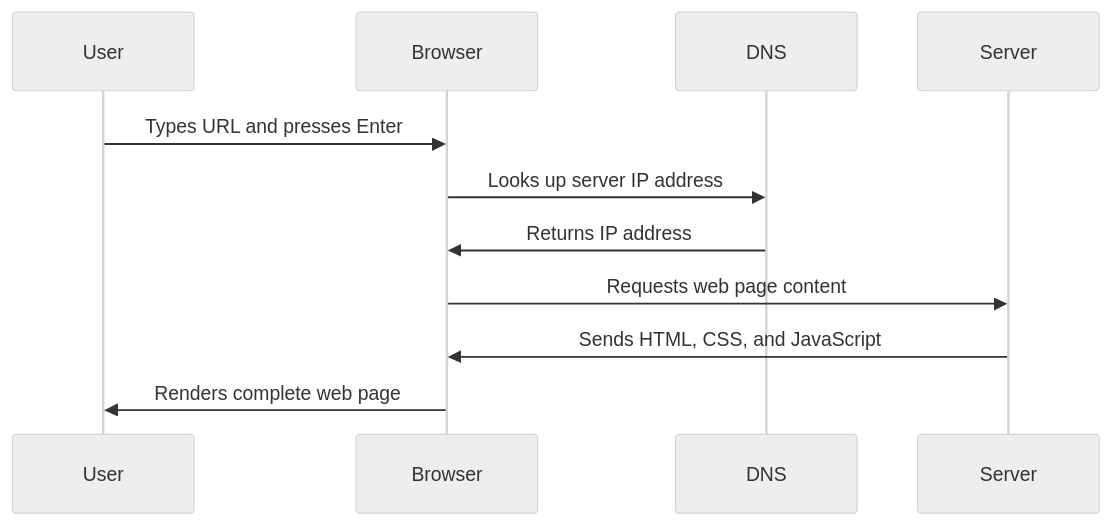
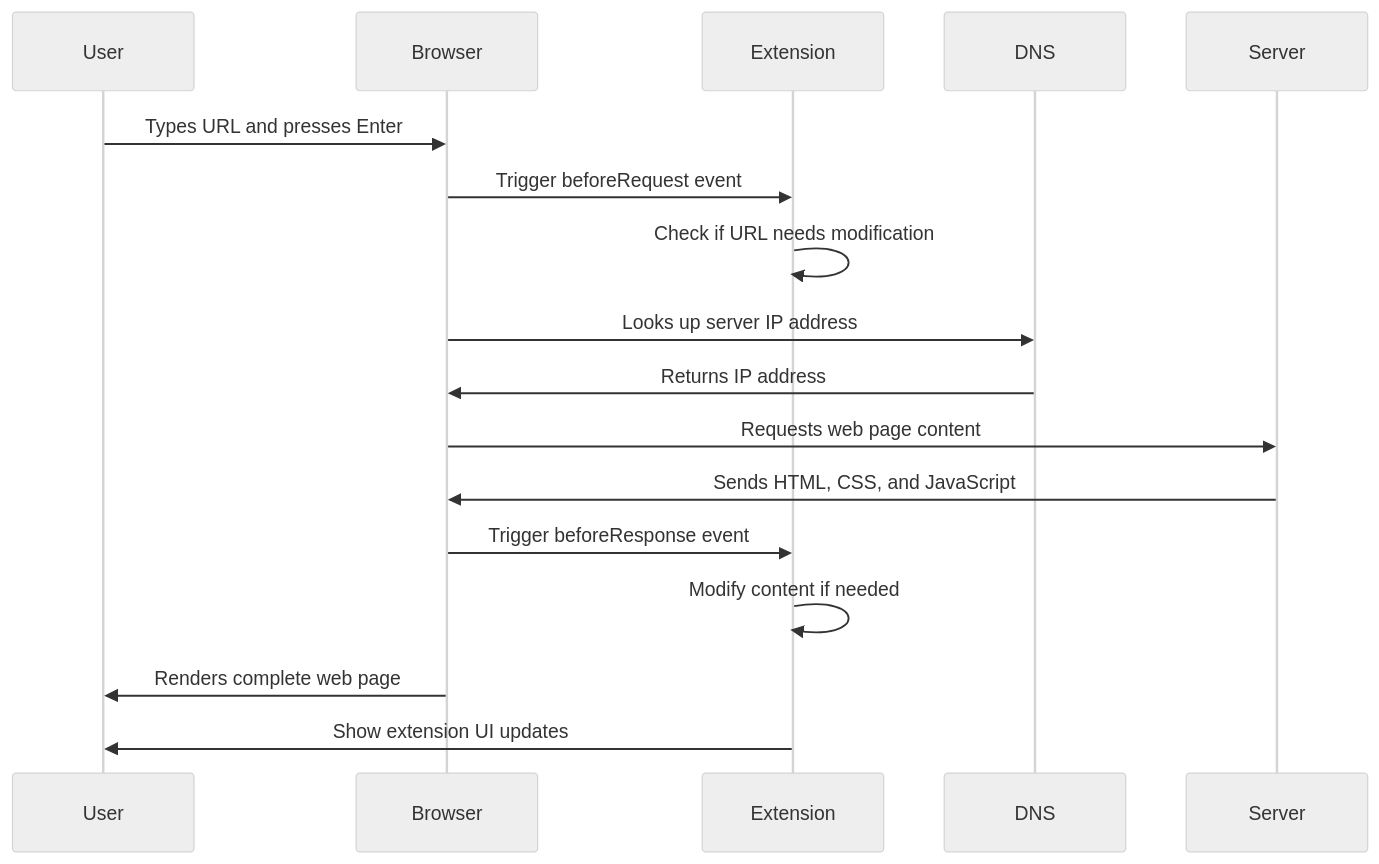
Before and after one commit to microsoft/Web-Dev-For-Beginners: the third of 7 diagrams in 5-browser-extension/1-about-browsers/README.md, drawn with Mermaid (neutral theme). The commit also changed other lines of this file and 20 other files, not shown here.

````diff
--- a/5-browser-extension/1-about-browsers/README.md
+++ b/5-browser-extension/1-about-browsers/README.md
@@ -33,14 +80,20 @@
 ```mermaid
 sequenceDiagram
     participant User
     participant Browser
+    participant Extension
     participant DNS
     participant Server
     
     User->>Browser: Types URL and presses Enter
+    Browser->>Extension: Trigger beforeRequest event
+    Extension->>Extension: Check if URL needs modification
     Browser->>DNS: Looks up server IP address
     DNS->>Browser: Returns IP address
     Browser->>Server: Requests web page content
     Server->>Browser: Sends HTML, CSS, and JavaScript
+    Browser->>Extension: Trigger beforeResponse event
+    Extension->>Extension: Modify content if needed
     Browser->>User: Renders complete web page
+    Extension->>User: Show extension UI updates
 ```
````
